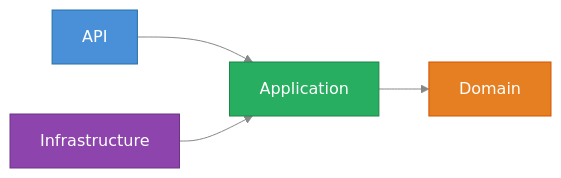
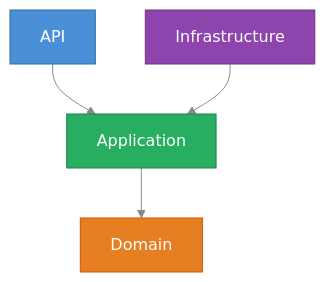
The second of 7 diagrams in AK.Products/PRODUCTS_TECHNICAL_DESIGN.md (seesathish/AntKart-Src3), drawn with Mermaid before and after one commit.

Commit message:
docs: audit Mermaid flowchart orientation against the diagram plan
Fix the one clear DIAGRAM-PLAN §32 violation: the Clean Architecture
dependency diagram in AK.Products (four nodes, branching, not a linear
pipeline) used graph LR — switch the direction keyword to TD. Direction
keyword only; no node, edge, or label change. The linear four-stage
pipeline later in the same file stays LR (permitted exemption).

The full orientation/classDef/stale-content audit is in the PR description.

````diff
--- a/AK.Products/PRODUCTS_TECHNICAL_DESIGN.md
+++ b/AK.Products/PRODUCTS_TECHNICAL_DESIGN.md
@@ -139,11 +139,11 @@
 ```mermaid
 %%{init: {'theme': 'base', 'themeVariables': {'lineColor': '#888888', 'edgeLabelBackground': '#00000000'}}}%%
-graph LR
+graph TD
     classDef api fill:#4A90D9,stroke:#2471A3,color:#fff
     classDef app fill:#27AE60,stroke:#1E8449,color:#fff
     classDef domain fill:#E67E22,stroke:#D35400,color:#fff
     classDef infra fill:#8E44AD,stroke:#6C3483,color:#fff
 
     API["API"]:::api --> APP["Application"]:::app --> DOMAIN["Domain"]:::domain
     INFRA["Infrastructure"]:::infra --> APP
 ```
````
